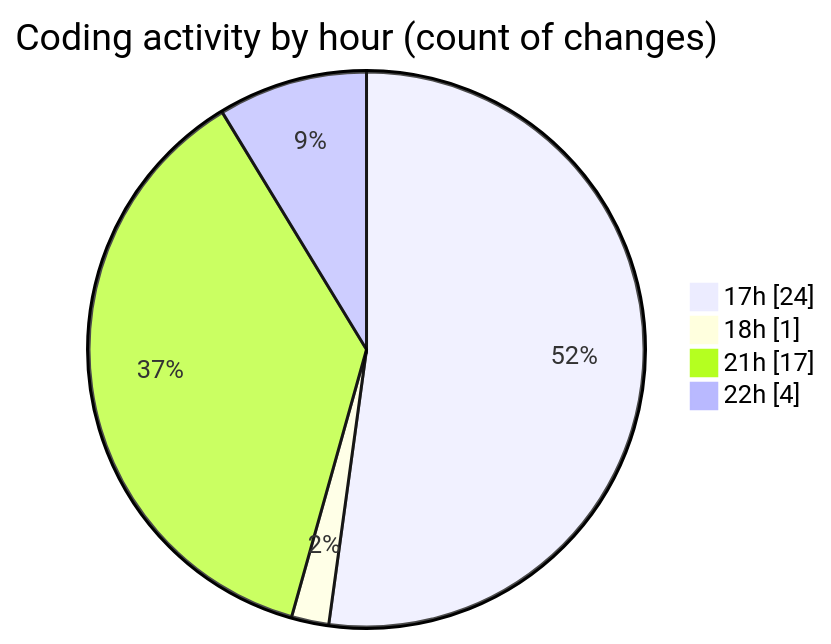
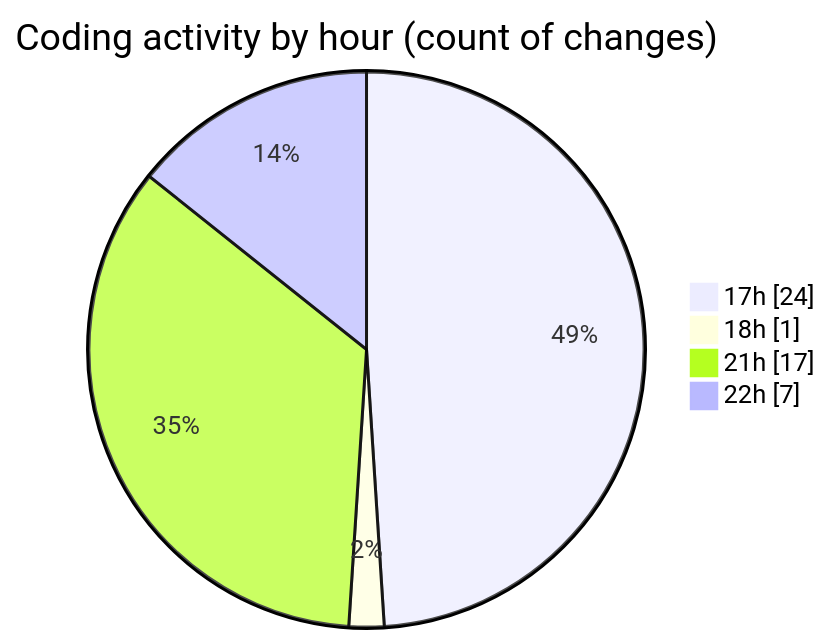
Before and after one commit to EIIisD/code-tracking: the second of 2 diagrams in 2025-07-13/tampermonkey/README.md, drawn with Mermaid. The commit also changed other lines of this file and 1 other file, not shown here.

````diff
--- a/2025-07-13/tampermonkey/README.md
+++ b/2025-07-13/tampermonkey/README.md
@@ -44,8 +44,8 @@
 ```mermaid
 pie showData
 title Coding activity by hour (count of changes)
 "17h" : 24
 "18h" : 1
 "21h" : 17
-"22h" : 4
+"22h" : 7
 ```
````
